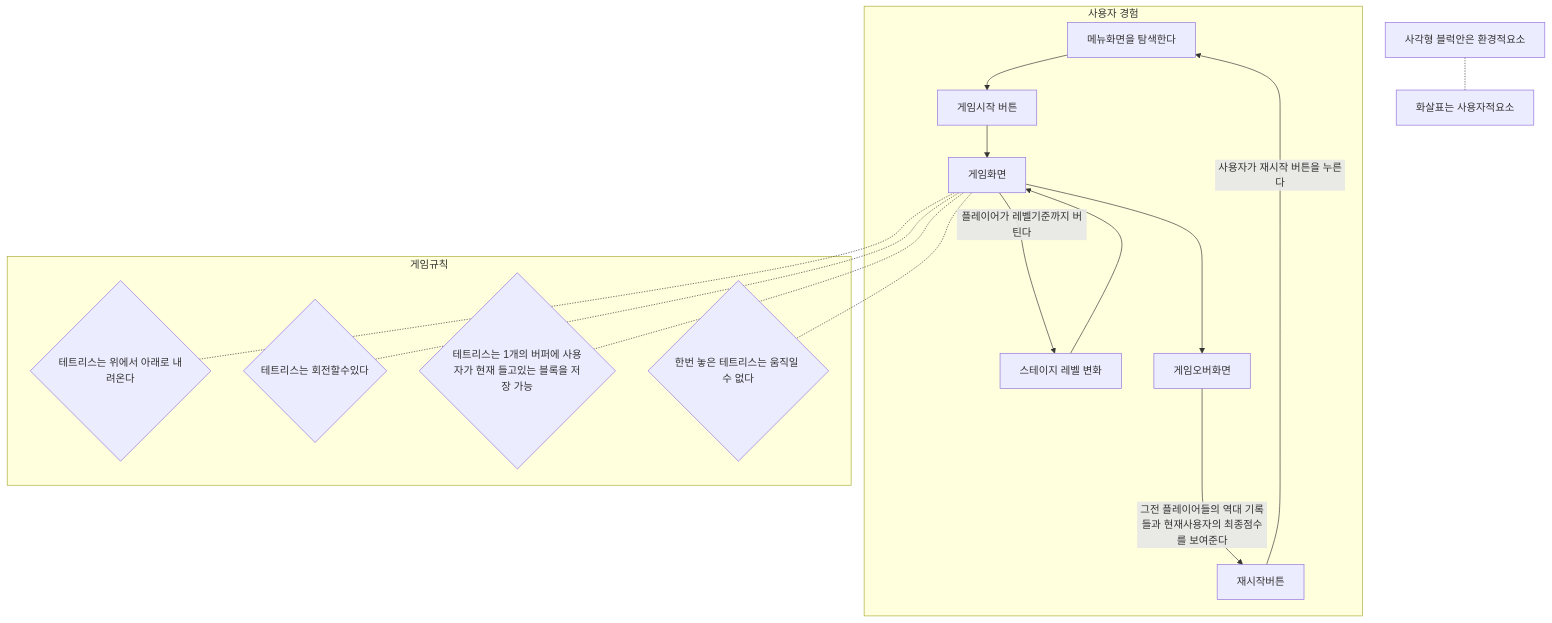
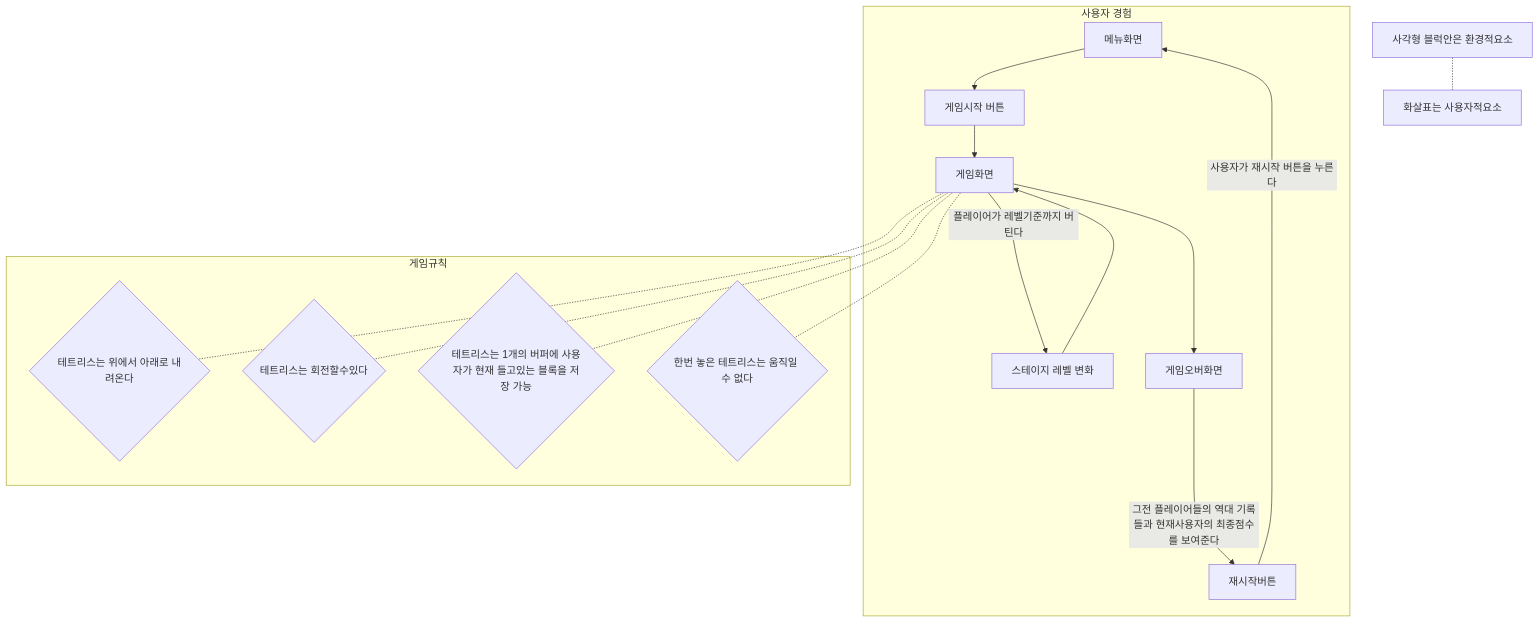
Before and after one commit to BADUGII/Tutorial_Imitation_Teris: the first of 2 diagrams in Diagrams/20210519_Diagram.md, drawn with Mermaid.

````diff
--- a/Diagrams/20210519_Diagram.md
+++ b/Diagrams/20210519_Diagram.md
@@ -2,22 +2,22 @@
 ```mermaid
 graph TD
   Notice1[사각형 블럭안은 환경적요소] -.- Notice2[화살표는 사용자적요소]
   subgraph GameFlow[사용자 경험]
     Menu -->  GameStart[게임시작 버튼]
     GameStart --> Play[게임화면]
     Play -->|플레이어가 레벨기준까지 버틴다| Clear[스테이지 레벨 변화]
     Clear--> Play
     Play --> GameOver[게임오버화면]
     GameOver -->|그전 플레이어들의 역대 기록들과 현재사용자의 최종점수를 보여준다| Restart[재시작버튼] 
-    Restart -->|사용자가 재시작 버튼을 누른다| Menu[메뉴화면을 탐색한다]
+    Restart -->|사용자가 재시작 버튼을 누른다| Menu[메뉴화면]
     
   end
   subgraph GameRule[게임규칙]
     
     Play -.- Rule1{테트리스는 위에서 아래로 내려온다}
     Play -.- Rule2{테트리스는 회전할수있다}
     Play -.- Rule3{테트리스는 1개의 버퍼에 사용자가 현재 들고있는 블록을 저장 가능}
     Play -.- Rule4{한번 놓은 테트리스는 움직일 수 없다}
   end
   
 ```
````
